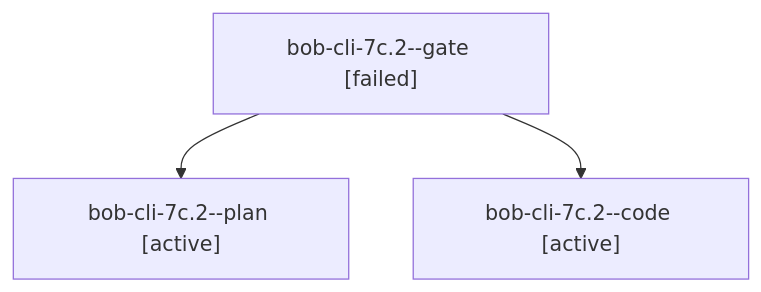
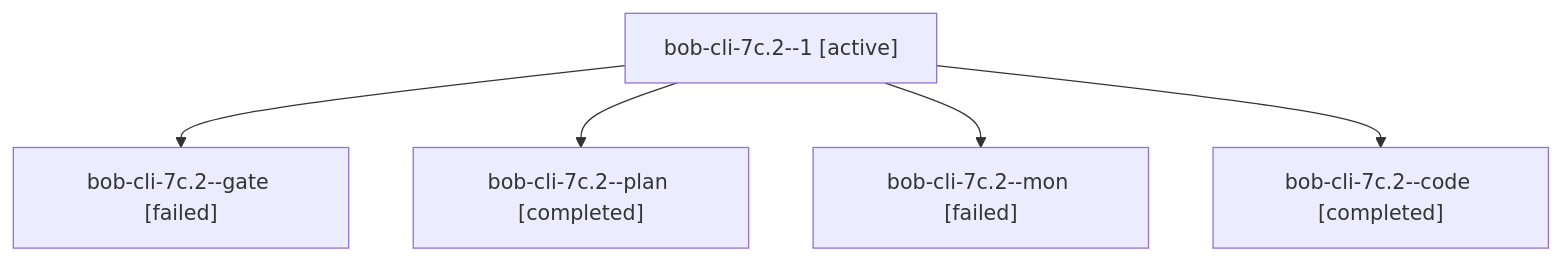
Before and after one commit to bobs-org/bob-cli--agents: the diagram in sessions/bbugyi200.apollo.bob-cli-7c.2.md, drawn with Mermaid. The commit also changed other lines of this file and 52 other files, not shown here.

````diff
--- a/sessions/bbugyi200.apollo.bob-cli-7c.2.md
+++ b/sessions/bbugyi200.apollo.bob-cli-7c.2.md
@@ -9,8 +9,12 @@
 ```mermaid
 flowchart TD
-  n0["bob-cli-7c.2--gate [failed]"]
-  n1["bob-cli-7c.2--plan [active]"]
+  n0["bob-cli-7c.2--1 [active]"]
+  n1["bob-cli-7c.2--gate [failed]"]
   n0 --> n1
-  n2["bob-cli-7c.2--code [active]"]
+  n2["bob-cli-7c.2--plan [completed]"]
   n0 --> n2
+  n3["bob-cli-7c.2--mon [failed]"]
+  n0 --> n3
+  n4["bob-cli-7c.2--code [completed]"]
+  n0 --> n4
 ```
````
